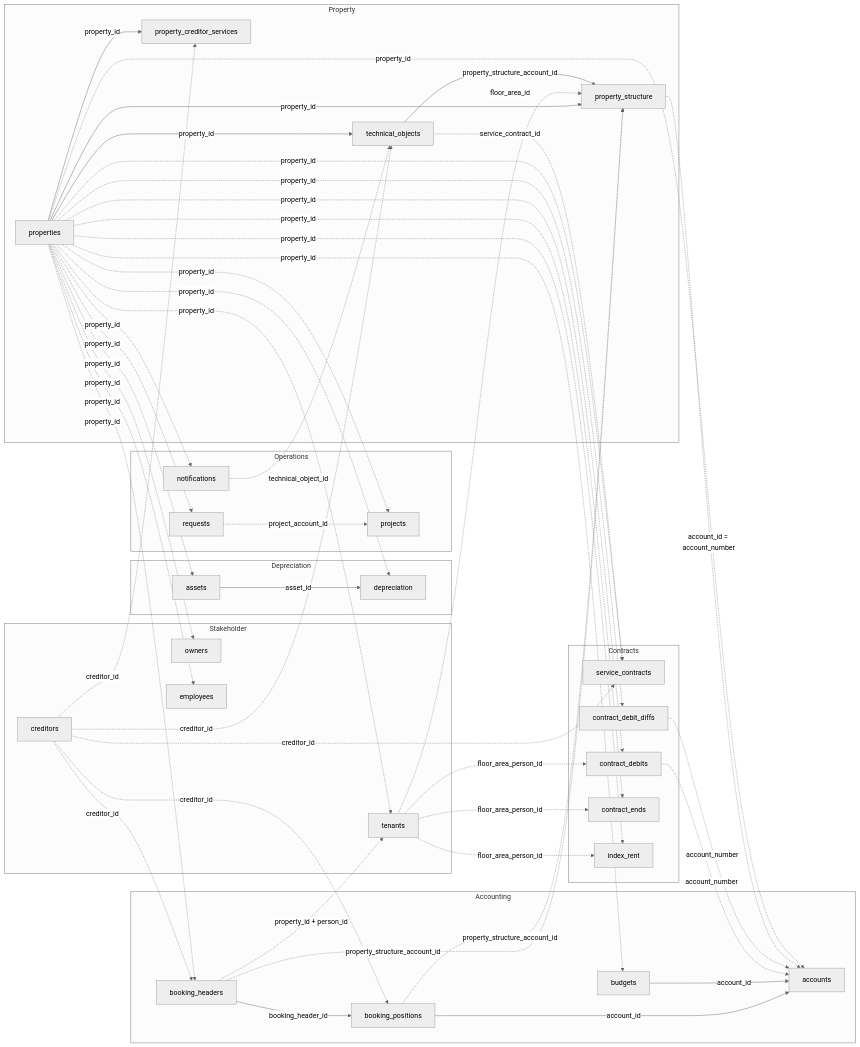
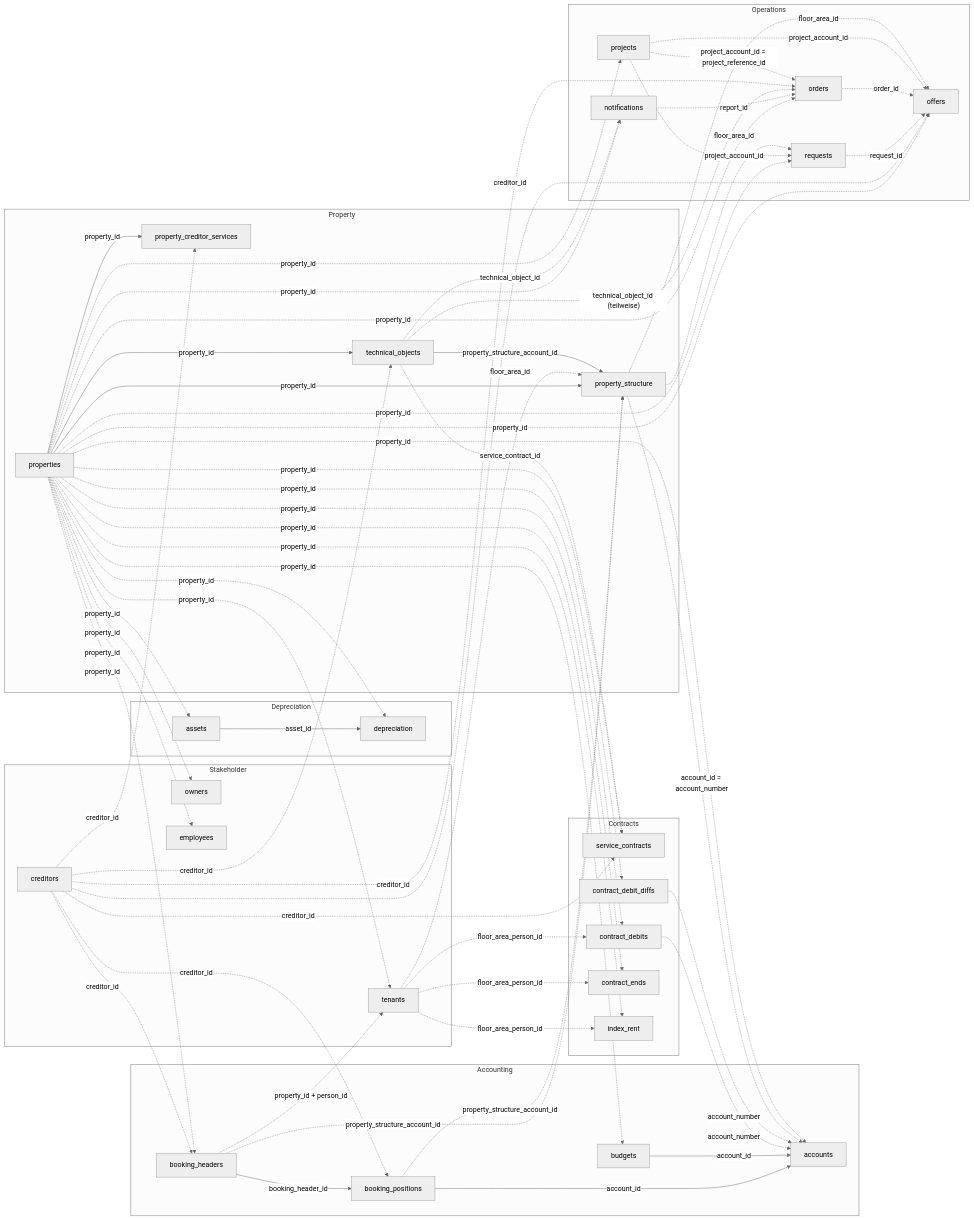
The diagram in de/v1/data-model/overview.mdx (Trassets-ai/api-docs), drawn with Mermaid (neutral theme) before and after one commit. The commit also changed other lines of this file and 9 other files, not shown here.

First line of the commit message:
docs(v1): offers- und orders-Feldreferenz, personal-Grant-Hinweise (#110)

````diff
--- a/de/v1/data-model/overview.mdx
+++ b/de/v1/data-model/overview.mdx
@@ -73,6 +73,8 @@
   subgraph Operations
     notifications["notifications"]
     projects["projects"]
+    offers["offers"]
+    orders["orders"]
     requests["requests"]
   end
 
@@ -87,7 +89,7 @@
   properties -.->|property_id| notifications
   properties -.->|property_id| projects
   properties -.->|property_id| requests
-  requests -.->|project_account_id| projects
+  projects -.->|project_account_id| requests
   properties -->|property_id| technical_objects
   properties -->|property_id| property_creditor_services
   properties -->|property_id| property_structure
@@ -110,7 +112,7 @@
   contract_debit_diffs -.->|account_number| accounts
   property_structure -.->|account_id = account_number| accounts
   properties -.->|property_id| accounts
-  notifications -.->|technical_object_id| technical_objects
+  technical_objects -.->|technical_object_id| notifications
   technical_objects -.->|service_contract_id| service_contracts
   booking_header -.->|property_id + person_id| tenants
   tenants -.->|floor_area_person_id| contract_debits
@@ -127,4 +129,16 @@
   creditor -.->|creditor_id| service_contracts
   creditor -.->|creditor_id| booking_header
   creditor -.->|creditor_id| booking_positions
+  properties -.->|property_id| offers
+  properties -.->|property_id| orders
+  notifications -.->|report_id| orders
+  technical_objects -.->|"technical_object_id (teilweise)"| orders
+  creditor -.->|creditor_id| orders
+  creditor -.->|creditor_id| offers
+  requests -.->|request_id| offers
+  orders -.->|order_id| offers
+  projects -.->|project_account_id| offers
+  projects -.->|"project_account_id = project_reference_id"| orders
+  property_structure -.->|floor_area_id| requests
+  property_structure -.->|floor_area_id| offers
 ```
````
